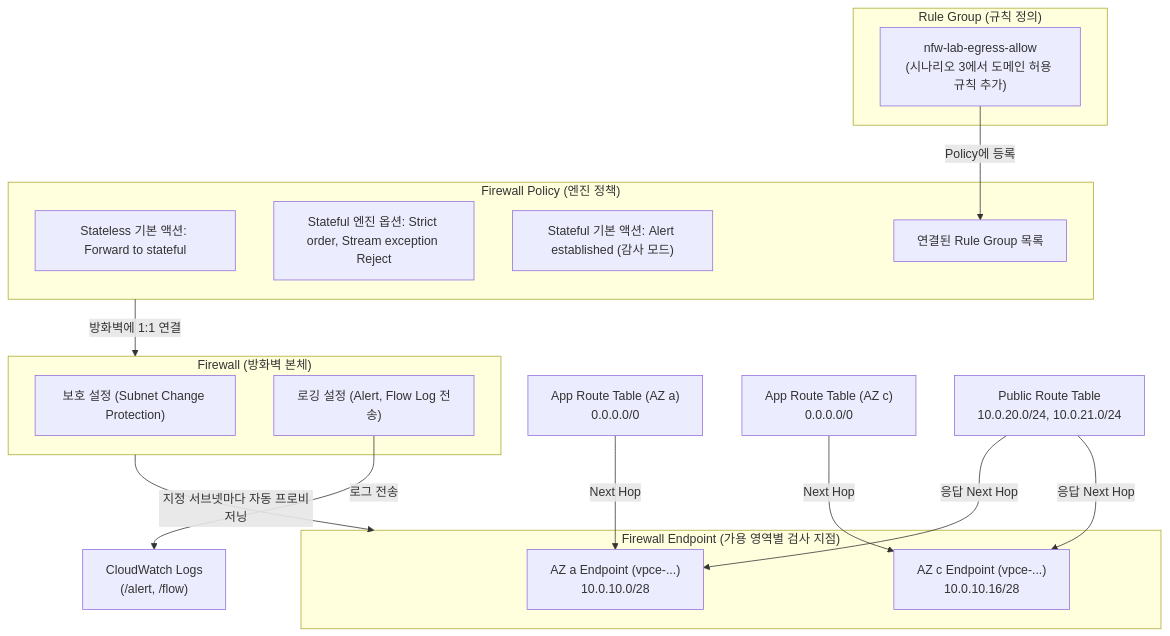
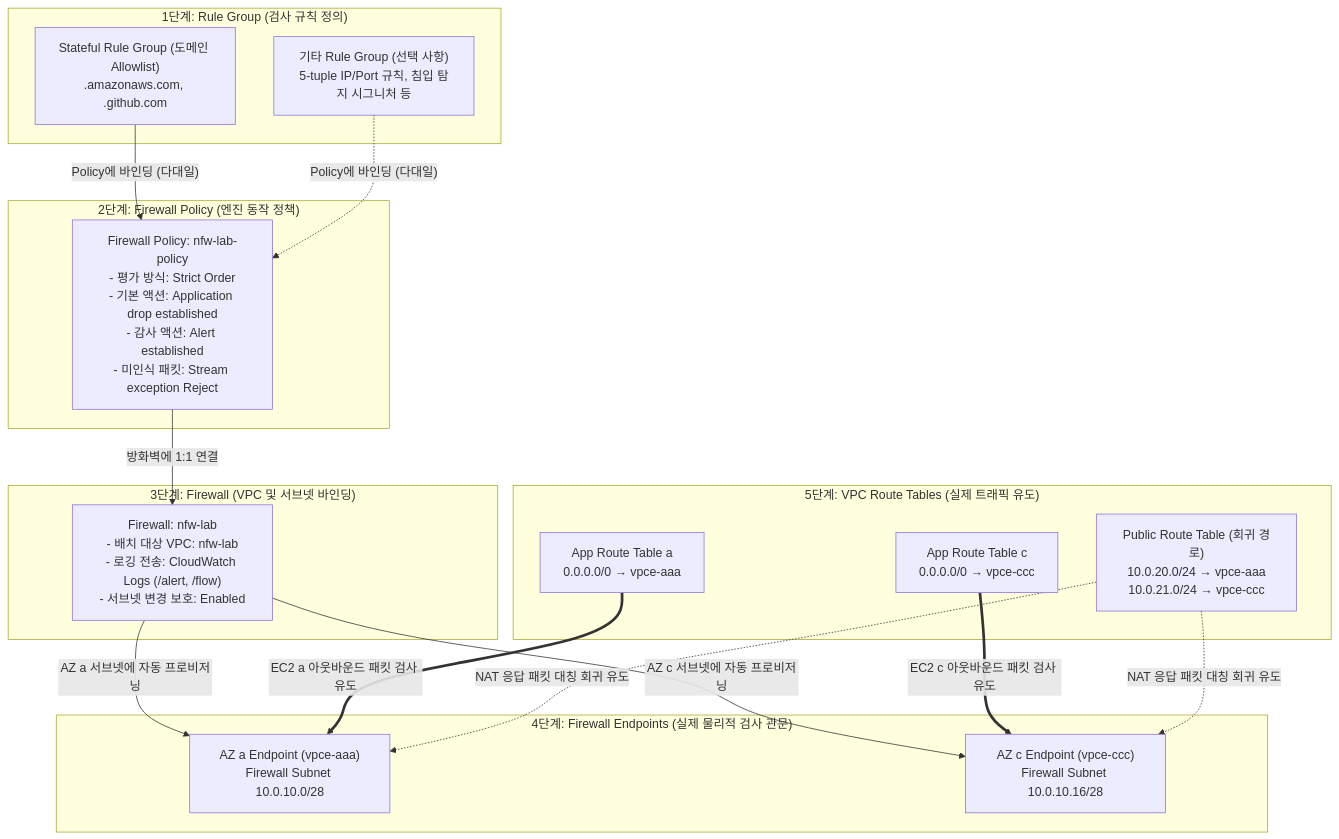
The first of 2 diagrams in aws/network-firewall/egress-filtering/docs/2-traffic-inspection.md (choisungwook/portfolio), drawn with Mermaid before and after one commit. The commit also changed other lines of this file, not shown here.

Commit message:
docs(network-firewall): clarify resource relationship hierarchy in scenario 2 mermaid diagram

````diff
--- a/aws/network-firewall/egress-filtering/docs/2-traffic-inspection.md
+++ b/aws/network-firewall/egress-filtering/docs/2-traffic-inspection.md
@@ -30,33 +32,37 @@
 ```mermaid
-flowchart TB
-  subgraph RG["Rule Group (규칙 정의)"]
-    R1["nfw-lab-egress-allow<br/>(시나리오 3에서 도메인 허용 규칙 추가)"]
+flowchart TD
+  subgraph L1["1단계: Rule Group (검사 규칙 정의)"]
+    RG1["Stateful Rule Group (도메인 Allowlist)<br/>.amazonaws.com, .github.com"]
+    RG2["기타 Rule Group (선택 사항)<br/>5-tuple IP/Port 규칙, 침입 탐지 시그니처 등"]
   end
 
-  subgraph POL["Firewall Policy (엔진 정책)"]
-    P1["Stateless 기본 액션: Forward to stateful"]
-    P2["Stateful 엔진 옵션: Strict order, Stream exception Reject"]
-    P3["Stateful 기본 액션: Alert established (감사 모드)"]
-    P4["연결된 Rule Group 목록"]
+  subgraph L2["2단계: Firewall Policy (엔진 동작 정책)"]
+    POL["Firewall Policy: nfw-lab-policy<br/>- 평가 방식: Strict Order<br/>- 기본 액션: Application drop established<br/>- 감사 액션: Alert established<br/>- 미인식 패킷: Stream exception Reject"]
   end
 
-  subgraph FW["Firewall (방화벽 본체)"]
-    F1["보호 설정 (Subnet Change Protection)"]
-    F2["로깅 설정 (Alert, Flow Log 전송)"]
+  subgraph L3["3단계: Firewall (VPC 및 서브넷 바인딩)"]
+    FW["Firewall: nfw-lab<br/>- 배치 대상 VPC: nfw-lab<br/>- 로깅 전송: CloudWatch Logs (/alert, /flow)<br/>- 서브넷 변경 보호: Enabled"]
   end
 
-  subgraph EP["Firewall Endpoint (가용 영역별 검사 지점)"]
-    E1["AZ a Endpoint (vpce-...)<br/>10.0.10.0/28"]
-    E2["AZ c Endpoint (vpce-...)<br/>10.0.10.16/28"]
+  subgraph L4["4단계: Firewall Endpoints (실제 물리적 검사 관문)"]
+    EPA["AZ a Endpoint (vpce-aaa)<br/>Firewall Subnet 10.0.10.0/28"]
+    EPC["AZ c Endpoint (vpce-ccc)<br/>Firewall Subnet 10.0.10.16/28"]
   end
 
-  R1 -- "Policy에 등록" --> P4
-  POL -- "방화벽에 1:1 연결" --> FW
-  FW -- "지정 서브넷마다 자동 프로비저닝" --> EP
-  F2 -- "로그 전송" --> CW["CloudWatch Logs<br/>(/alert, /flow)"]
+  subgraph L5["5단계: VPC Route Tables (실제 트래픽 유도)"]
+    RTA["App Route Table a<br/>0.0.0.0/0 → vpce-aaa"]
+    RTC["App Route Table c<br/>0.0.0.0/0 → vpce-ccc"]
+    RTP["Public Route Table (회귀 경로)<br/>10.0.20.0/24 → vpce-aaa<br/>10.0.21.0/24 → vpce-ccc"]
+  end
 
-  RTA["App Route Table (AZ a)<br/>0.0.0.0/0"] -- "Next Hop" --> E1
-  RTC["App Route Table (AZ c)<br/>0.0.0.0/0"] -- "Next Hop" --> E2
-  RTP["Public Route Table<br/>10.0.20.0/24, 10.0.21.0/24"] -- "응답 Next Hop" --> E1
-  RTP -- "응답 Next Hop" --> E2
+  RG1 -->|"Policy에 바인딩 (다대일)"| POL
+  RG2 -.->|"Policy에 바인딩 (다대일)"| POL
+  POL -->|"방화벽에 1:1 연결"| FW
+  FW -->|"AZ a 서브넷에 자동 프로비저닝"| EPA
+  FW -->|"AZ c 서브넷에 자동 프로비저닝"| EPC
+
+  RTA ==>|"EC2 a 아웃바운드 패킷 검사 유도"| EPA
+  RTC ==>|"EC2 c 아웃바운드 패킷 검사 유도"| EPC
+  RTP -.->|"NAT 응답 패킷 대칭 회귀 유도"| EPA
+  RTP -.->|"NAT 응답 패킷 대칭 회귀 유도"| EPC
 ```
````
